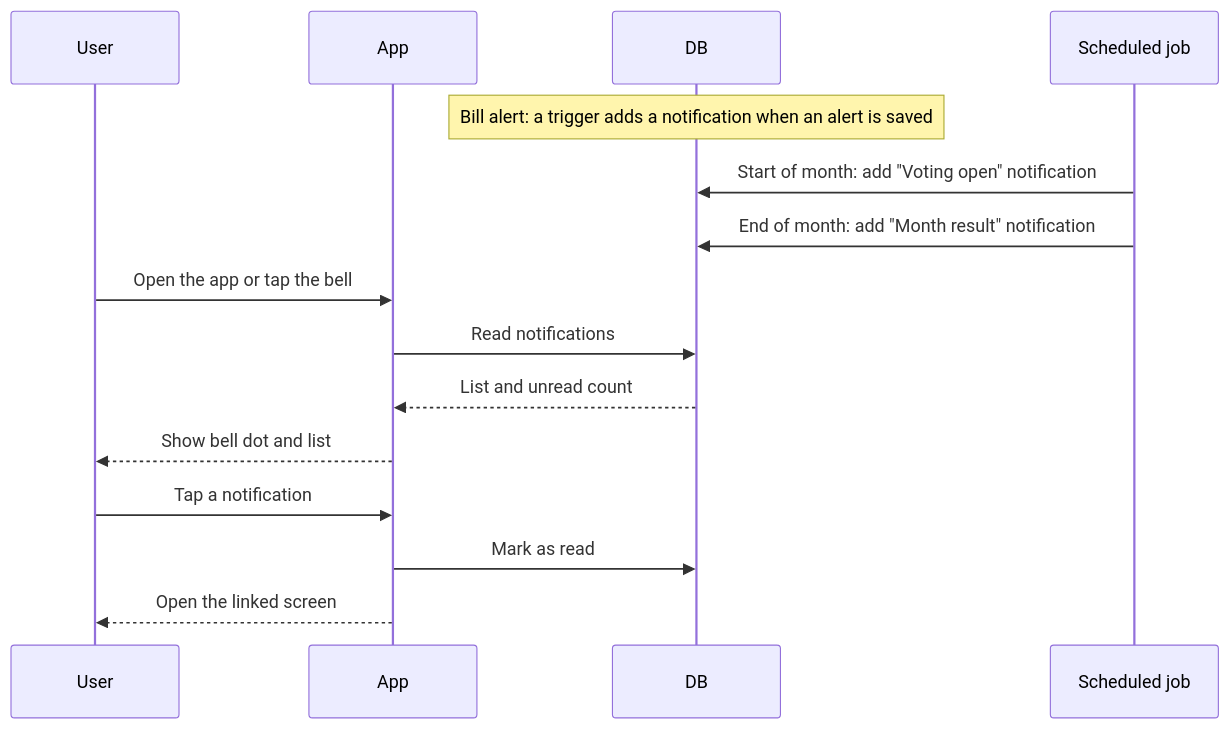
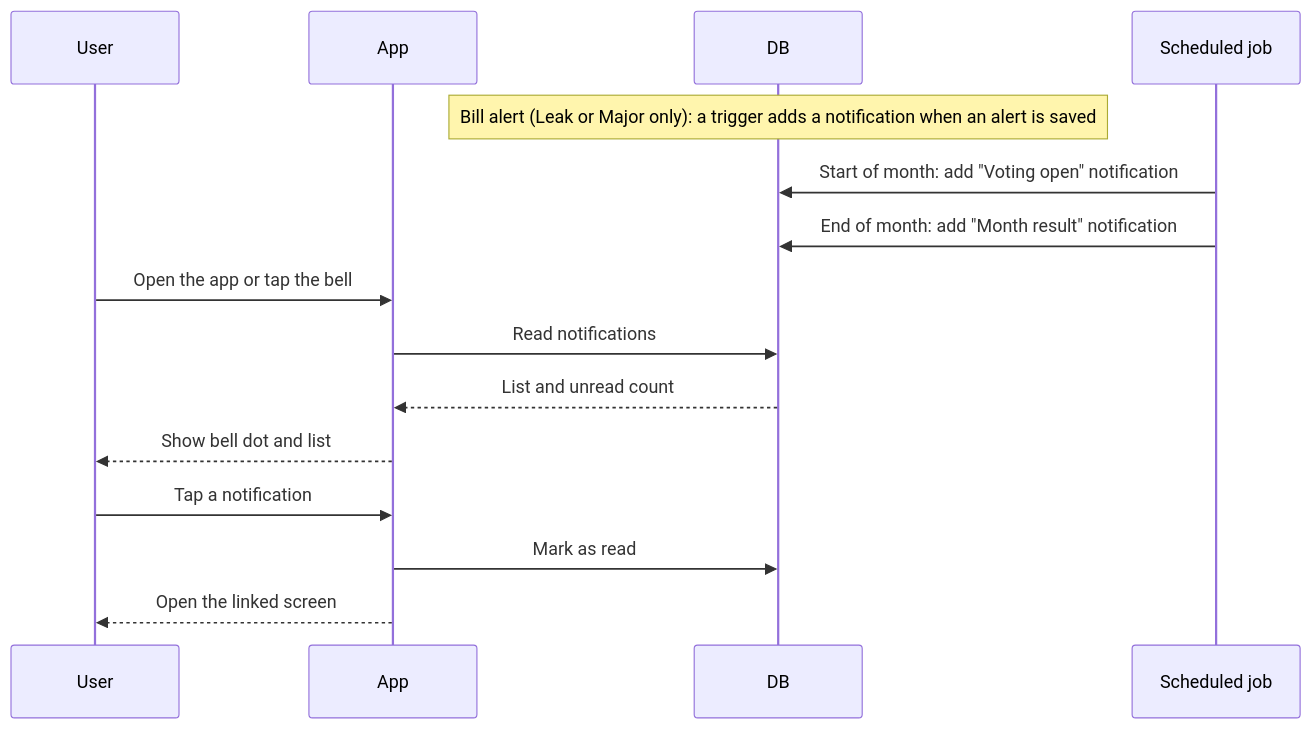
Diagram 15 of 15 in docs/Workflow.md (HONGJIABAO/Simeplify), drawn with Mermaid before and after one commit. The commit also changed other lines of this file and 10 other files, not shown here.

````diff
--- a/docs/Workflow.md
+++ b/docs/Workflow.md
@@ -499,18 +542,18 @@
 ```mermaid
 sequenceDiagram
     participant User
     participant App
     participant DB
     participant Job as Scheduled job
 
-    Note over DB: Bill alert: a trigger adds a notification when an alert is saved
+    Note over DB: Bill alert (Leak or Major only): a trigger adds a notification when an alert is saved
     Job->>DB: Start of month: add "Voting open" notification
     Job->>DB: End of month: add "Month result" notification
     User->>App: Open the app or tap the bell
     App->>DB: Read notifications
     DB-->>App: List and unread count
     App-->>User: Show bell dot and list
     User->>App: Tap a notification
     App->>DB: Mark as read
     App-->>User: Open the linked screen
 ```
````
